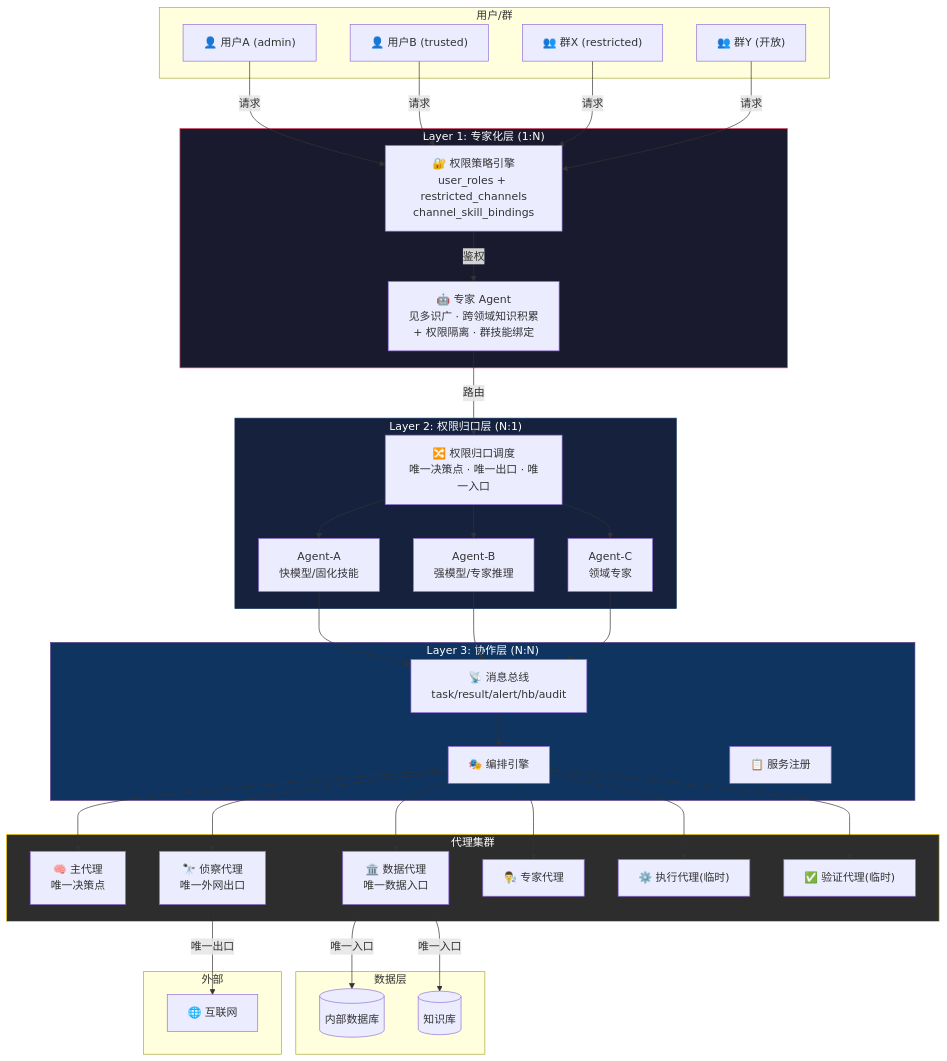
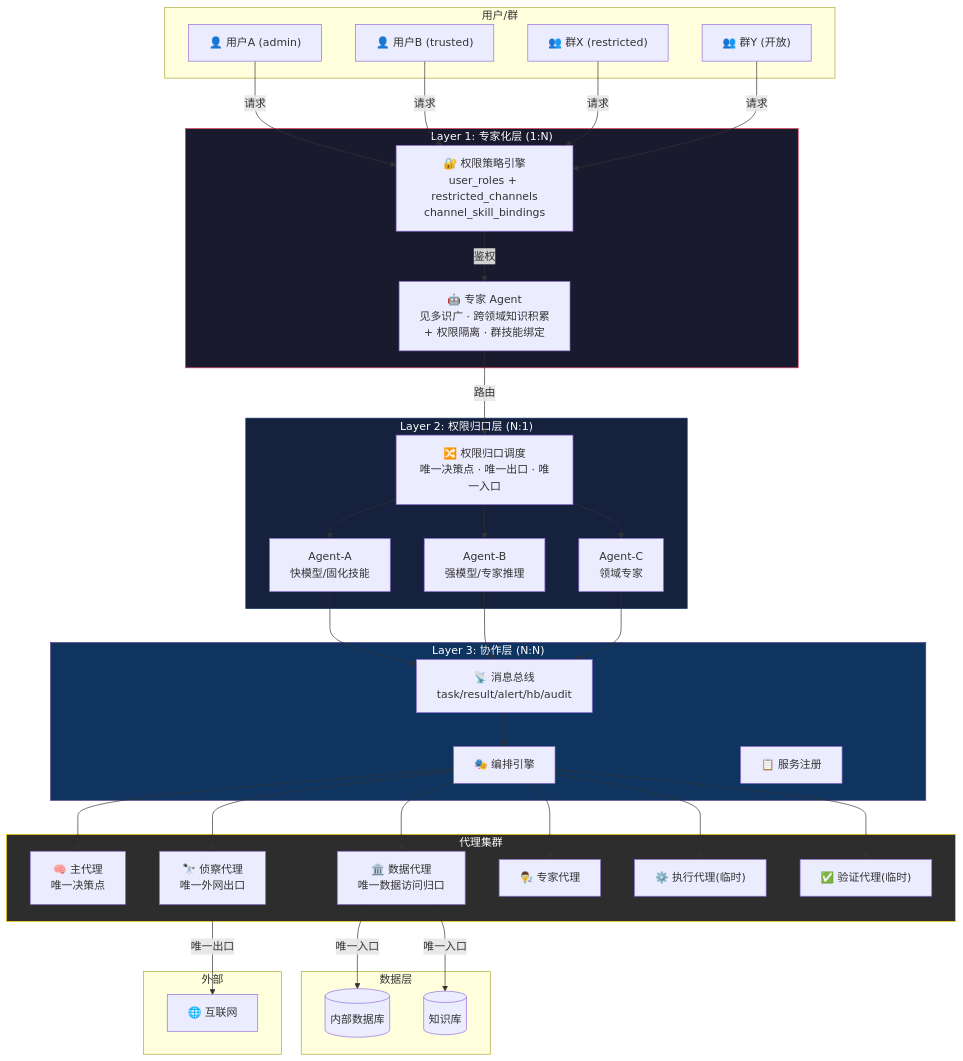
Before and after one commit to forestlei/hermes-agent: the first of 11 diagrams in docs/distributed-multi-agent-architecture.md, drawn with Mermaid. The commit also changed other lines of this file and 1 other file, not shown here.

````diff
--- a/docs/distributed-multi-agent-architecture.md
+++ b/docs/distributed-multi-agent-architecture.md
@@ -603,60 +606,60 @@
 ```mermaid
 graph TB
     subgraph USERS["用户/群"]
         U1["👤 用户A (admin)"]
         U2["👤 用户B (trusted)"]
         U3["👥 群X (restricted)"]
         U4["👥 群Y (开放)"]
     end
 
     subgraph L1["Layer 1: 专家化层 (1:N)"]
         PERM["🔐 权限策略引擎<br/>user_roles + restricted_channels<br/>channel_skill_bindings"]
         EXPERT_AGENT["🤖 专家 Agent<br/>见多识广 · 跨领域知识积累<br/>+ 权限隔离 · 群技能绑定"]
     end
 
     subgraph L2["Layer 2: 权限归口层 (N:1)"]
         GATE["🔀 权限归口调度<br/>唯一决策点 · 唯一出口 · 唯一入口"]
         AGENT_A["Agent-A<br/>快模型/固化技能"]
         AGENT_B["Agent-B<br/>强模型/专家推理"]
         AGENT_C["Agent-C<br/>领域专家"]
     end
 
     subgraph L3["Layer 3: 协作层 (N:N)"]
         BUS["📡 消息总线<br/>task/result/alert/hb/audit"]
         ORCHESTRA["🎭 编排引擎"]
         REGISTRY["📋 服务注册"]
     end
 
     subgraph AGENTS["代理集群"]
         BRAIN["🧠 主代理<br/>唯一决策点"]
         SCOUT["🔭 侦察代理<br/>唯一外网出口"]
-        VAULT["🏛️ 数据代理<br/>唯一数据入口"]
+        VAULT["🏛️ 数据代理<br/>唯一数据访问归口"]
         EXPERT["👨‍🔬 专家代理"]
         WORKER["⚙️ 执行代理(临时)"]
         AUDITOR["✅ 验证代理(临时)"]
     end
 
     subgraph DATA["数据层"]
         DB[("内部数据库")]
         KB[("知识库")]
     end
 
     subgraph EXT["外部"]
         WEB["🌐 互联网"]
     end
 
     U1 & U2 & U3 & U4 -->|请求| PERM
     PERM -->|鉴权| EXPERT_AGENT
     EXPERT_AGENT -->|路由| GATE
     GATE --> AGENT_A & AGENT_B & AGENT_C
     AGENT_A & AGENT_B & AGENT_C --> BUS
     BUS --> ORCHESTRA
     ORCHESTRA --> BRAIN & SCOUT & VAULT & EXPERT & WORKER & AUDITOR
     SCOUT -->|唯一出口| WEB
     VAULT -->|唯一入口| DB & KB
 
     style L1 fill:#1a1a2e,stroke:#e94560,color:#fff
     style L2 fill:#16213e,stroke:#0f3460,color:#fff
     style L3 fill:#0f3460,stroke:#533483,color:#fff
     style AGENTS fill:#2d2d2d,stroke:#ffd700,color:#fff
 ```
````
